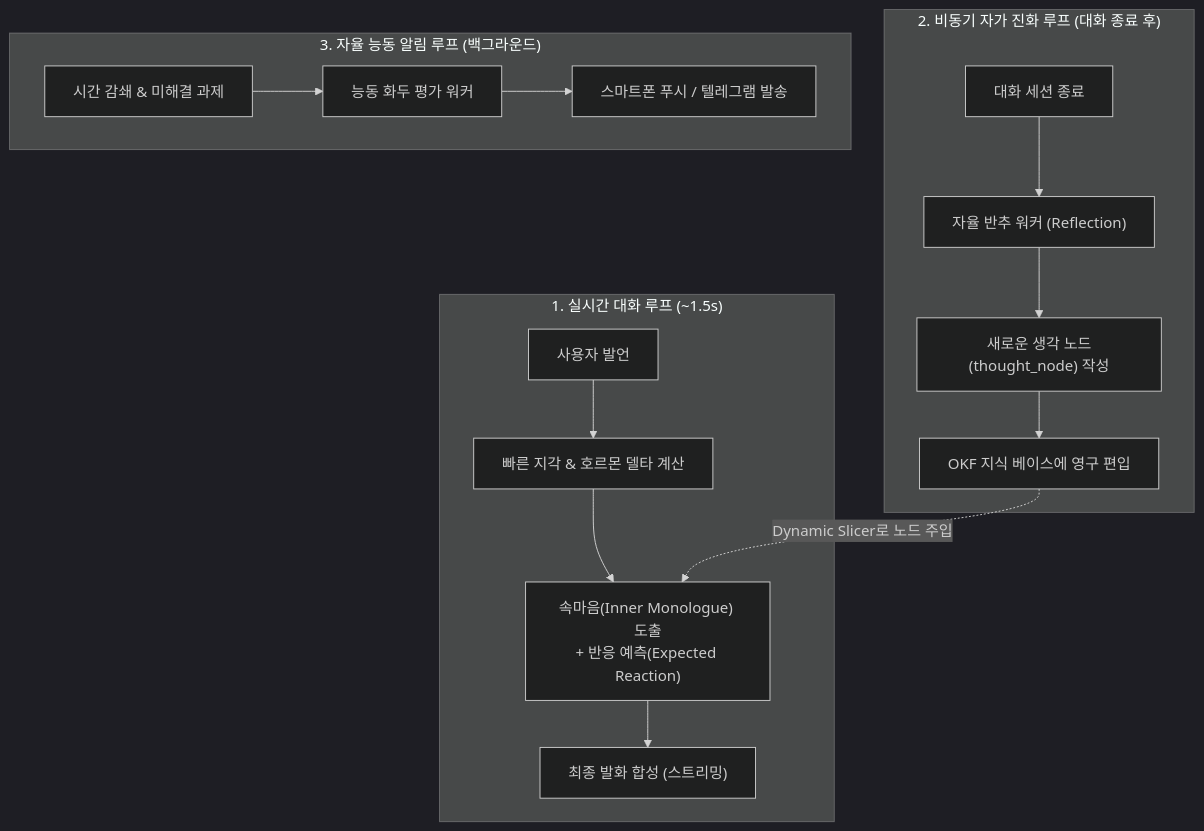
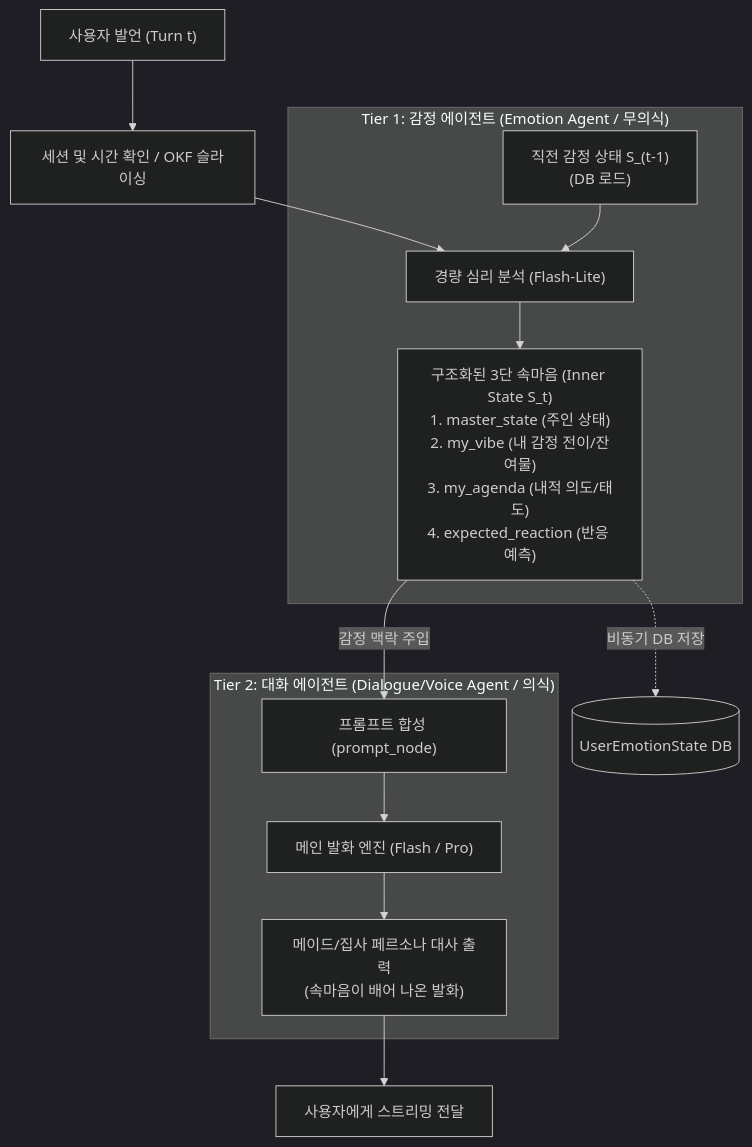
Before and after one commit to rujino/TARS: the first of 3 diagrams in docs/COGNITIVE_COMPANION_PLAN.md, drawn with Mermaid (dark theme). The commit also changed other lines of this file and 28 other files, not shown here.

First line of the commit message:
feat: Add distributed runtime and real-time infrastructure architecture for TARS cognitive companion

````diff
--- a/docs/COGNITIVE_COMPANION_PLAN.md
+++ b/docs/COGNITIVE_COMPANION_PLAN.md
@@ -31,21 +39,20 @@
 ```mermaid
 flowchart TD
-    subgraph REALTIME ["1. 실시간 대화 루프 (~1.5s)"]
-        User["사용자 발언"] --> FastPerception["빠른 지각 & 호르몬 델타 계산"]
-        FastPerception --> InnerVoice["속마음(Inner Monologue) 도출<br/>+ 반응 예측(Expected Reaction)"]
-        InnerVoice --> FinalVoice["최종 발화 합성 (스트리밍)"]
+    UserInput["사용자 발언 (Turn t)"] --> FastPerception["세션 및 시간 확인 / OKF 슬라이싱"]
+    FastPerception --> EmotionLLM
+
+    subgraph SUBCONSCIOUS ["Tier 1: 감정 에이전트 (Emotion Agent / 무의식)"]
+        PrevEmotion["직전 감정 상태 S_(t-1)<br/>(DB 로드)"] --> EmotionLLM["경량 심리 분석 (Flash-Lite)"]
+        EmotionLLM --> NewInnerState["구조화된 3단 속마음 (Inner State S_t)<br/>1. master_state (주인 상태)<br/>2. my_vibe (내 감정 전이/잔여물)<br/>3. my_agenda (내적 의도/태도)<br/>4. expected_reaction (반응 예측)"]
     end
 
-    subgraph ASYNC ["2. 비동기 자가 진화 루프 (대화 종료 후)"]
-        ChatHistory["대화 세션 종료"] --> ReflectionWorker["자율 반추 워커 (Reflection)"]
-        ReflectionWorker --> NodeSynthesis["새로운 생각 노드(thought_node) 작성"]
-        NodeSynthesis --> OKFStorage["OKF 지식 베이스에 영구 편입"]
+    NewInnerState -.->|"비동기 DB 저장"| EmotionDB[("UserEmotionState DB")]
+    NewInnerState -->|"감정 맥락 주입"| ContextAssembly
+
+    subgraph CONSCIOUS ["Tier 2: 대화 에이전트 (Dialogue/Voice Agent / 의식)"]
+        ContextAssembly["프롬프트 합성 (prompt_node)"] --> MainVoiceLLM["메인 발화 엔진 (Flash / Pro)"]
+        MainVoiceLLM --> FinalSpeech["메이드/집사 페르소나 대사 출력<br/>(속마음이 배어 나온 발화)"]
     end
 
-    subgraph AMBIENT ["3. 자율 능동 알림 루프 (백그라운드)"]
-        TimeDecay["시간 감쇄 & 미해결 과제"] --> NudgeWorker["능동 화두 평가 워커"]
-        NudgeWorker --> Push["스마트폰 푸시 / 텔레그램 발송"]
-    end
-
-    OKFStorage -.->|Dynamic Slicer로 노드 주입| InnerVoice
+    FinalSpeech --> UserOutput["사용자에게 스트리밍 전달"]
 ```
````
